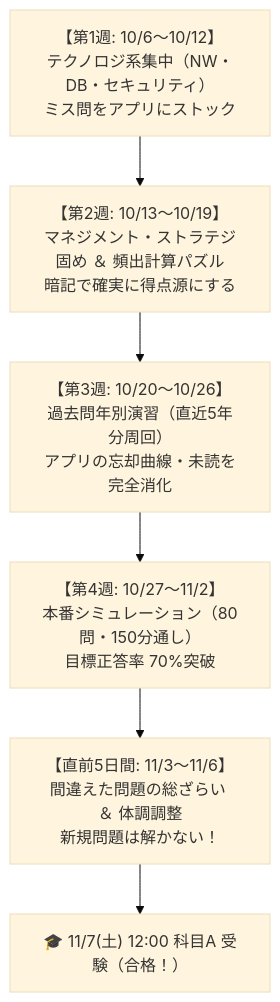
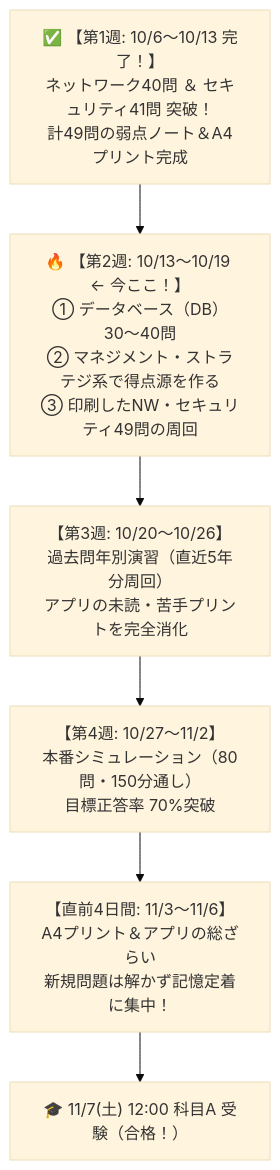
One commit to h4npen/AP-MindMap-Anki changed the diagram in docs/inbox/00_スケジュール/ap-exam-schedule-roadmap.md. Above: the diagram before and after it, drawn with Mermaid (base theme). The commit also changed other lines of this file and 27 other files, not shown here.

````diff
--- a/docs/inbox/00_スケジュール/ap-exam-schedule-roadmap.md
+++ b/docs/inbox/00_スケジュール/ap-exam-schedule-roadmap.md
@@ -21,9 +32,9 @@
 ```mermaid
 flowchart TD
-    W1["【第1週: 10/6〜10/12】<br/>テクノロジ系集中（NW・DB・セキュリティ）<br/>ミス問をアプリにストック"]
-    --> W2["【第2週: 10/13〜10/19】<br/>マネジメント・ストラテジ固め ＆ 頻出計算パズル<br/>暗記で確実に得点源にする"]
-    --> W3["【第3週: 10/20〜10/26】<br/>過去問年別演習（直近5年分周回）<br/>アプリの忘却曲線・未読を完全消化"]
+    W1["✅ 【第1週: 10/6〜10/13 完了！】<br/>ネットワーク40問 ＆ セキュリティ41問 突破！<br/>計49問の弱点ノート＆A4プリント完成"]
+    --> W2["🔥 【第2週: 10/13〜10/19 ← 今ここ！】<br/>① データベース（DB）30〜40問<br/>② マネジメント・ストラテジ系で得点源を作る<br/>③ 印刷したNW・セキュリティ49問の周回"]
+    --> W3["【第3週: 10/20〜10/26】<br/>過去問年別演習（直近5年分周回）<br/>アプリの未読・苦手プリントを完全消化"]
     --> W4["【第4週: 10/27〜11/2】<br/>本番シミュレーション（80問・150分通し）<br/>目標正答率 70%突破"]
-    --> W5["【直前5日間: 11/3〜11/6】<br/>間違えた問題の総ざらい ＆ 体調調整<br/>新規問題は解かない！"]
+    --> W5["【直前4日間: 11/3〜11/6】<br/>A4プリント＆アプリの総ざらい<br/>新規問題は解かず記憶定着に集中！"]
     --> EXAM["🎓 11/7(土) 12:00 科目A 受験（合格！）"]
 ```
````
